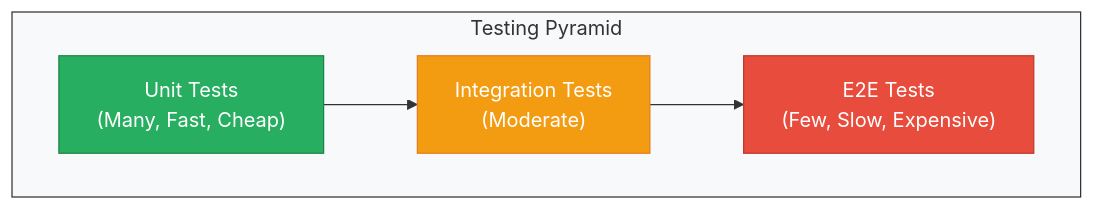
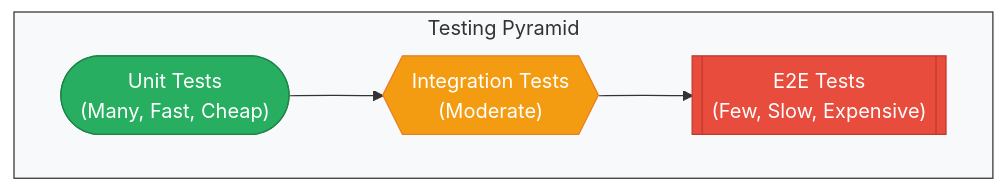
One commit to saivamsikaruturi/vamsilabs-dev-notes-main changed the first of 4 diagrams in docs/junit/junit.md. Above: the diagram before and after it, drawn with Mermaid. The commit also changed other lines of this file and 146 other files, not shown here.

Commit message:
Horizontal diagrams, UML class diagrams, typography overhaul, and permalink cleanup

````diff
--- a/docs/junit/junit.md
+++ b/docs/junit/junit.md
@@ -12,15 +12,12 @@
 ```mermaid
-graph TB
+flowchart LR
     subgraph pyramid["Testing Pyramid"]
-        E2E["E2E Tests<br/>(Few, Slow, Expensive)"]
-        INT["Integration Tests<br/>(Moderate)"]
-        UNIT["Unit Tests<br/>(Many, Fast, Cheap)"]
+        direction LR
+        UNIT(["Unit Tests<br/>(Many, Fast, Cheap)"]) --> INT{{"Integration Tests<br/>(Moderate)"}} --> E2E[["E2E Tests<br/>(Few, Slow, Expensive)"]]
     end
-
-    UNIT --> INT --> E2E
 
     style E2E fill:#e74c3c,stroke:#c0392b,color:#fff
     style INT fill:#f39c12,stroke:#e67e22,color:#fff
     style UNIT fill:#27ae60,stroke:#1e8449,color:#fff
     style pyramid fill:#f8f9fa,stroke:#333
 ```
````
